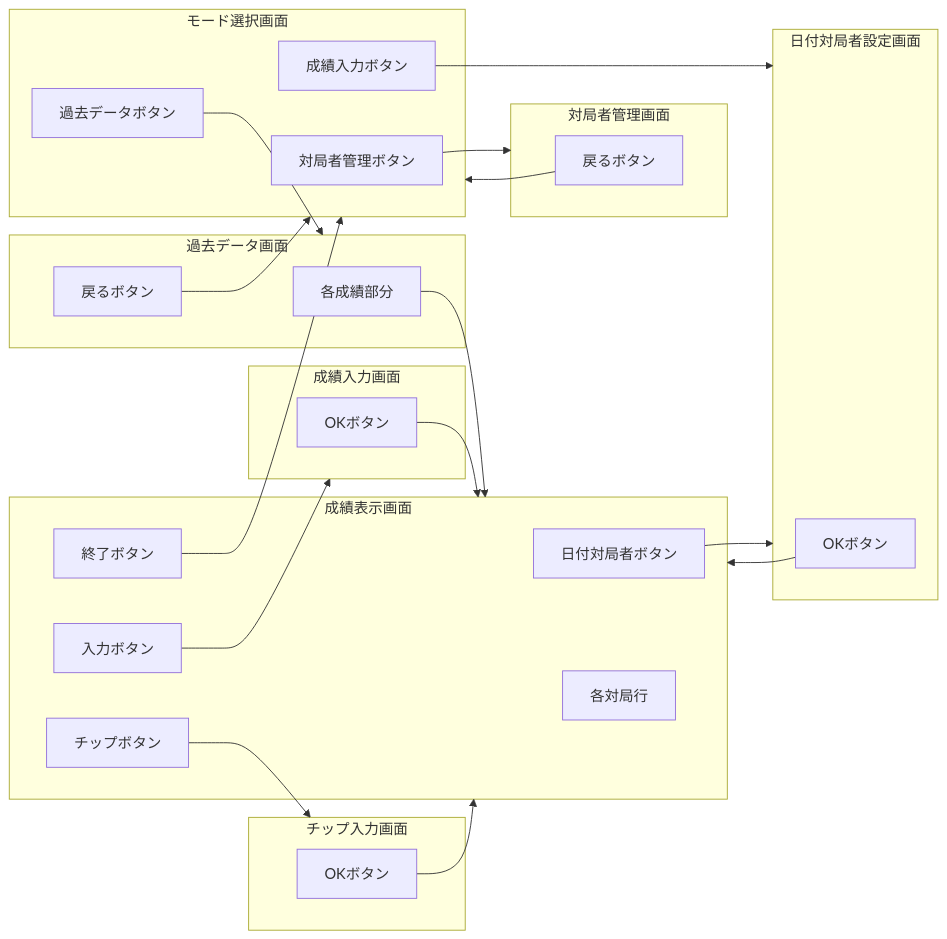
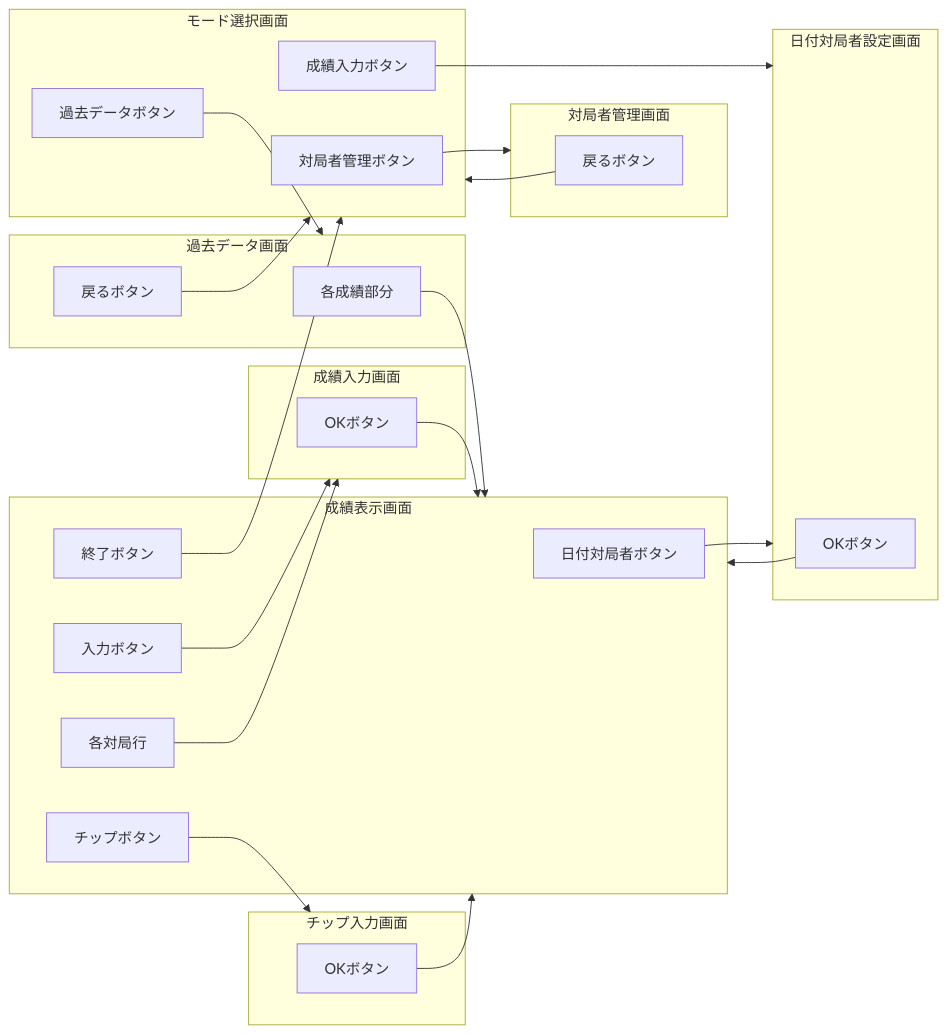
Before and after one commit to kongou71905/fs-test-app: the diagram in docs/05a-flow.md, drawn with Mermaid.

Commit message:
Add mapping for 'J' to '06-input' in flow diagram

````diff
--- a/docs/05a-flow.md
+++ b/docs/05a-flow.md
@@ -2,51 +2,52 @@
 ```mermaid
 flowchart LR
 	subgraph 01-top[モード選択画面]
         A[対局者管理ボタン]
         B[過去データボタン]
         C[成績入力ボタン]
     end
 	
 	subgraph 02-kanri[対局者管理画面]
         D[戻るボタン]
     end
     
     subgraph 03-Data[過去データ画面]
         E[各成績部分]
         F[戻るボタン]
     end
     
     subgraph 04-set[日付対局者設定画面]
         G[OKボタン]
     end
     
     subgraph 05-view[成績表示画面]
         H[日付対局者ボタン]
         i[入力ボタン]
         J[各対局行]
         K[チップボタン]
         L[終了ボタン]
     end
     
     subgraph 06-input[成績入力画面]
         M[OKボタン]
     end
     
     subgraph 07-chip[チップ入力画面]
         N[OKボタン]
     end
     
     A --> 02-kanri
     B --> 03-Data
     C --> 04-set
     D --> 01-top
     E --> 05-view
     F --> 01-top
     G --> 05-view
     H --> 04-set
     L --> 01-top
     i --> 06-input
+    J --> 06-input
     M --> 05-view
     K --> 07-chip
     N --> 05-view
 ```
````
